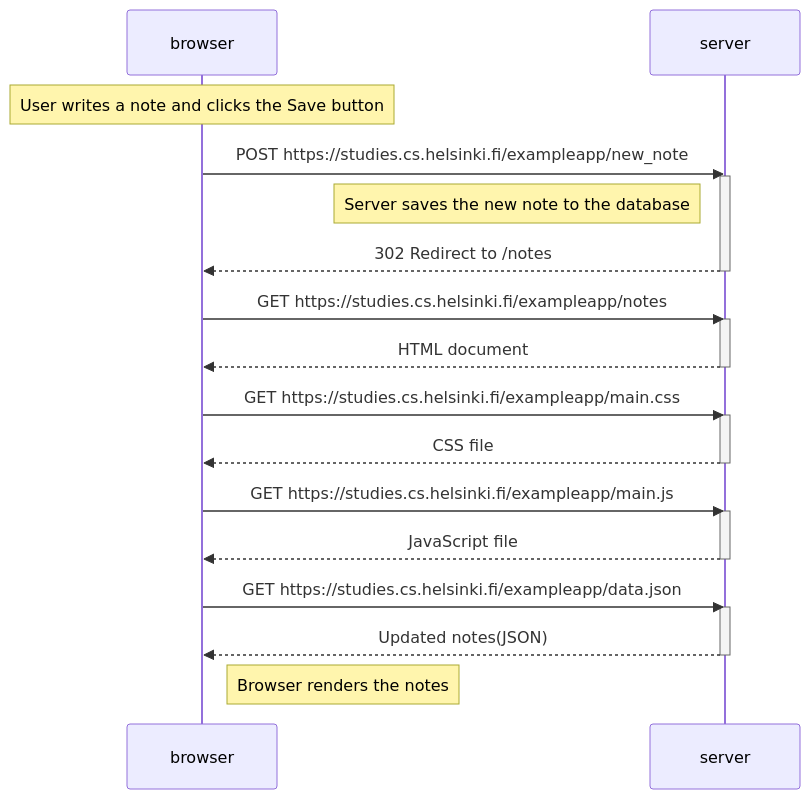
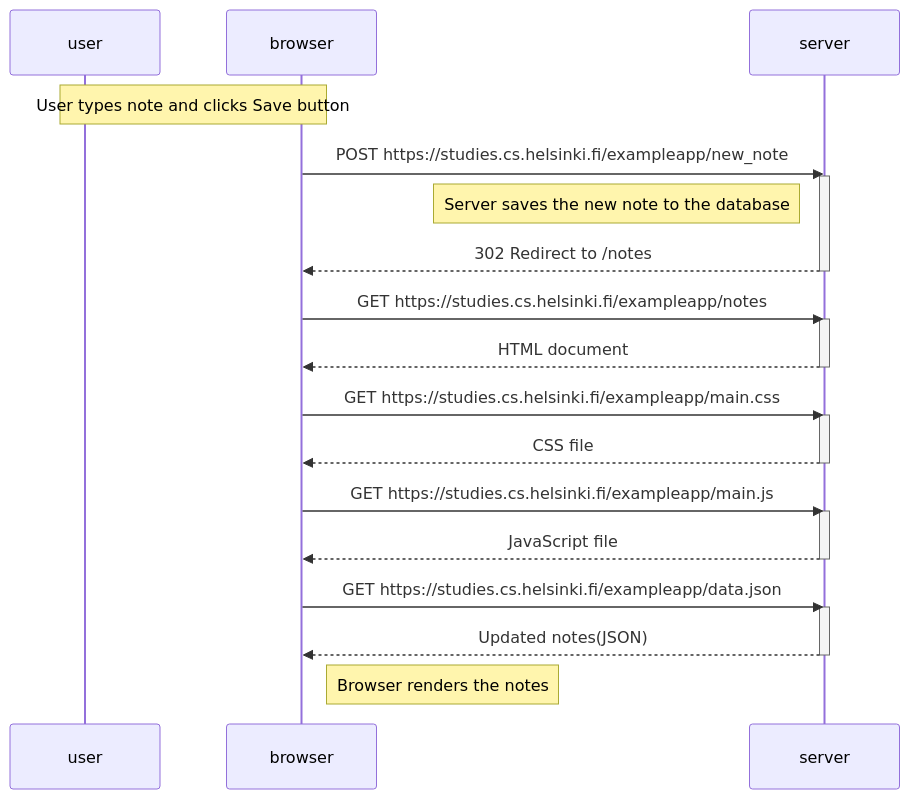
The diagram in part0/0.4_New_note_diagram.md (Anet456-tech/fullstackopen), drawn with Mermaid before and after one commit. The commit also changed 1 other file, not shown here.

Commit message:
Exercise 0.6

````diff
--- a/part0/0.4_New_note_diagram.md
+++ b/part0/0.4_New_note_diagram.md
@@ -1,35 +1,36 @@
 ```mermaid
 sequenceDiagram
+    participant user
     participant browser
     participant server
 
-    Note over browser: User writes a note and clicks the Save button
+    Note over user, browser: User types note and clicks Save button
 
     browser->>server: POST https://studies.cs.helsinki.fi/exampleapp/new_note
     activate server
     Note left of server: Server saves the new note to the database
     server-->>browser: 302 Redirect to /notes
     deactivate server
 
     browser->>server: GET https://studies.cs.helsinki.fi/exampleapp/notes
     activate server
     server-->>browser: HTML document
     deactivate server
 
     browser->>server: GET https://studies.cs.helsinki.fi/exampleapp/main.css
     activate server
     server-->>browser: CSS file
     deactivate server
 
     browser->>server: GET https://studies.cs.helsinki.fi/exampleapp/main.js
     activate server
     server-->>browser: JavaScript file
     deactivate server
 
     browser->>server: GET https://studies.cs.helsinki.fi/exampleapp/data.json
     activate server
     server-->>browser: Updated notes(JSON)
     deactivate server
 
     Note right of browser: Browser renders the notes
 ```
````
